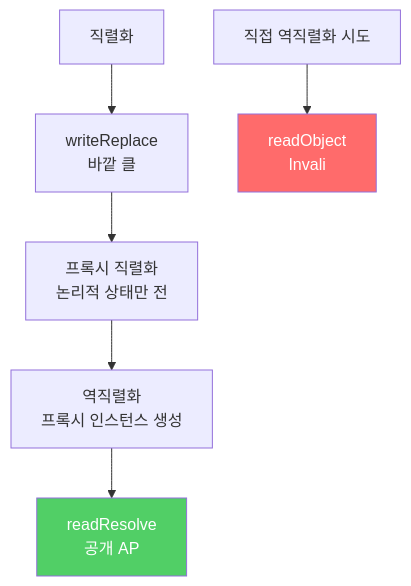
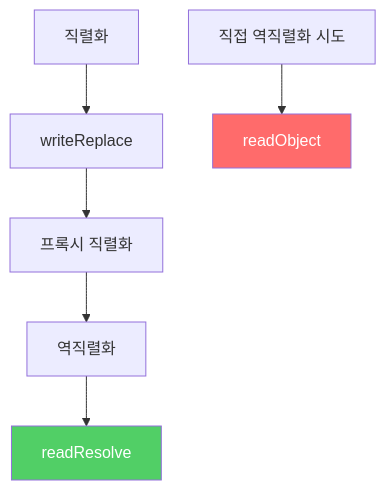
One commit to yjkim2015/yjkim2015.github.io changed the diagram in _posts/java/2022-03-14-effective-java90.md. Above: the diagram before and after it, drawn with Mermaid. The commit also changed 217 other files, not shown here.

First line of the commit message:
Mermaid 크기 수정: useMaxWidth:true + SVG max-width:100% + 라벨 축소

````diff
--- a/_posts/java/2022-03-14-effective-java90.md
+++ b/_posts/java/2022-03-14-effective-java90.md
@@ -80,10 +80,10 @@
 ```mermaid
 graph TD
-    A["직렬화"] --> B["writeReplace\n바깥 클"]
-    B --> C["프록시 직렬화\n논리적 상태만 전"]
-    C --> D["역직렬화\n프록시 인스턴스 생성"]
-    D --> E["readResolve\n공개 AP"]
-    F["직접 역직렬화 시도"] --> G["readObject\nInvali"]
+    A["직렬화"] --> B["writeReplace"]
+    B --> C["프록시 직렬화"]
+    C --> D["역직렬화"]
+    D --> E["readResolve"]
+    F["직접 역직렬화 시도"] --> G["readObject"]
     style E fill:#51cf66,color:#fff
     style G fill:#ff6b6b,color:#fff
 ```
````
